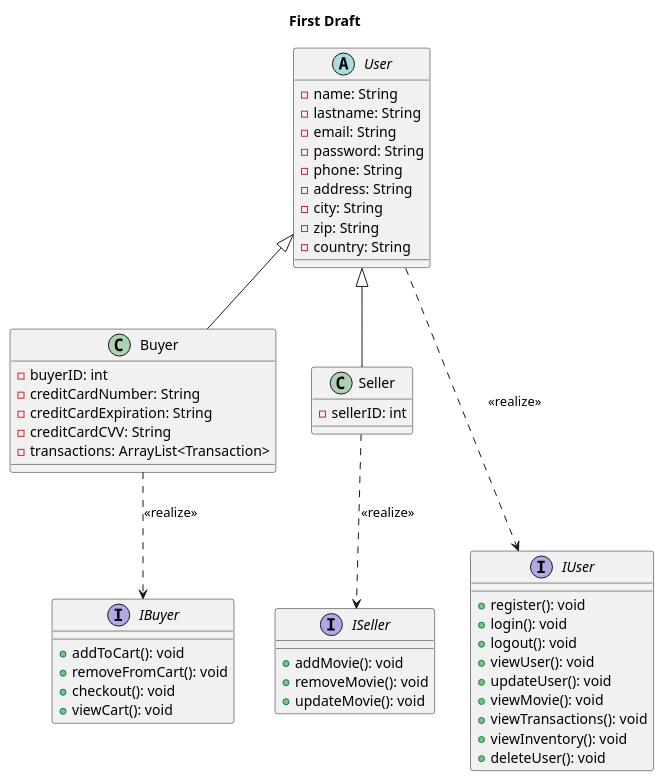
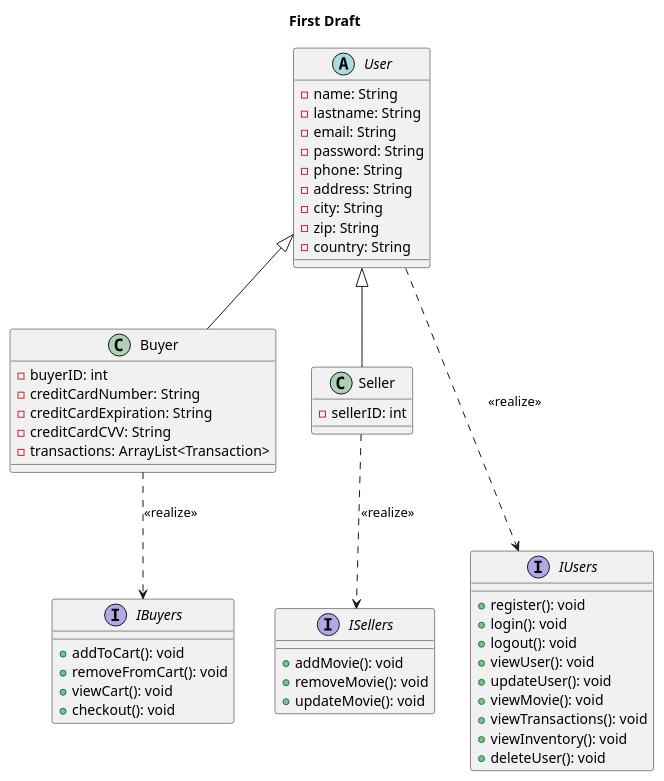
One commit to DrNeonsy/Java_Console-VOD-System changed the diagram in src/main/java/Graphs/Scripts/First Draft.puml. Above: the diagram before and after it, drawn with PlantUML. The commit also changed 10 other files, not shown here.

```diff
--- a/src/main/java/Graphs/Scripts/First Draft.puml
+++ b/src/main/java/Graphs/Scripts/First Draft.puml
@@ -1,61 +1,61 @@
 @startuml
 
 title First Draft
 
 abstract class User {
     -name: String
     -lastname: String
     -email: String
     -password: String
     -phone: String
     -address: String
     -city: String
     -zip: String
     -country: String
 }
 
 class Buyer {
     -buyerID: int
     -creditCardNumber: String
     -creditCardExpiration: String
     -creditCardCVV: String
     -transactions: ArrayList<Transaction>
 }
 
 class Seller {
     -sellerID: int
 }
 
-interface IUser {
+interface IUsers {
     +register(): void
     +login(): void
     +logout(): void
     +viewUser(): void
     +updateUser(): void
     +viewMovie(): void
     +viewTransactions(): void
     +viewInventory(): void
     +deleteUser(): void
 }
 
-interface IBuyer {
+interface IBuyers {
     +addToCart(): void
     +removeFromCart(): void
+    +viewCart(): void
     +checkout(): void
-    +viewCart(): void
 }
 
-interface ISeller {
+interface ISellers {
     +addMovie(): void
     +removeMovie(): void
     +updateMovie(): void
 }
 
 User <|-- Buyer
 User <|-- Seller
 
-User ...> IUser : <<realize>>
-Buyer ..> IBuyer : <<realize>>
-Seller ..> ISeller : <<realize>>
+User ...> IUsers : <<realize>>
+Buyer ..> IBuyers : <<realize>>
+Seller ..> ISellers : <<realize>>
 
 @enduml
```
